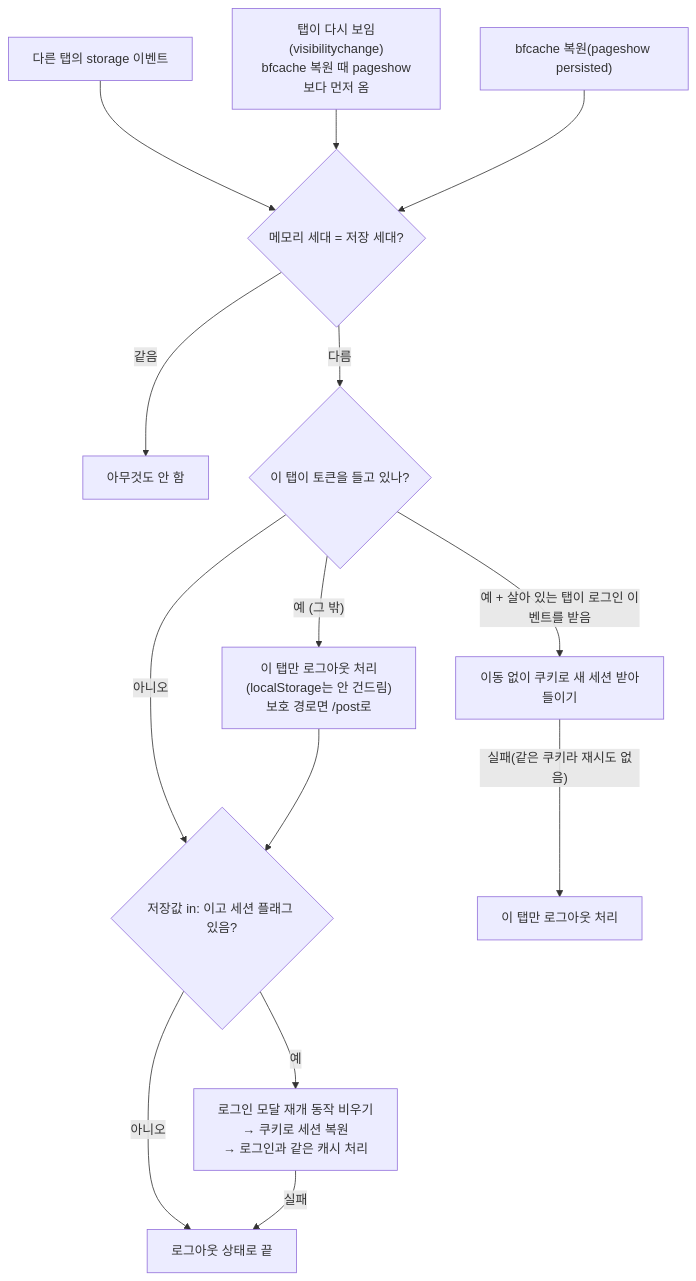
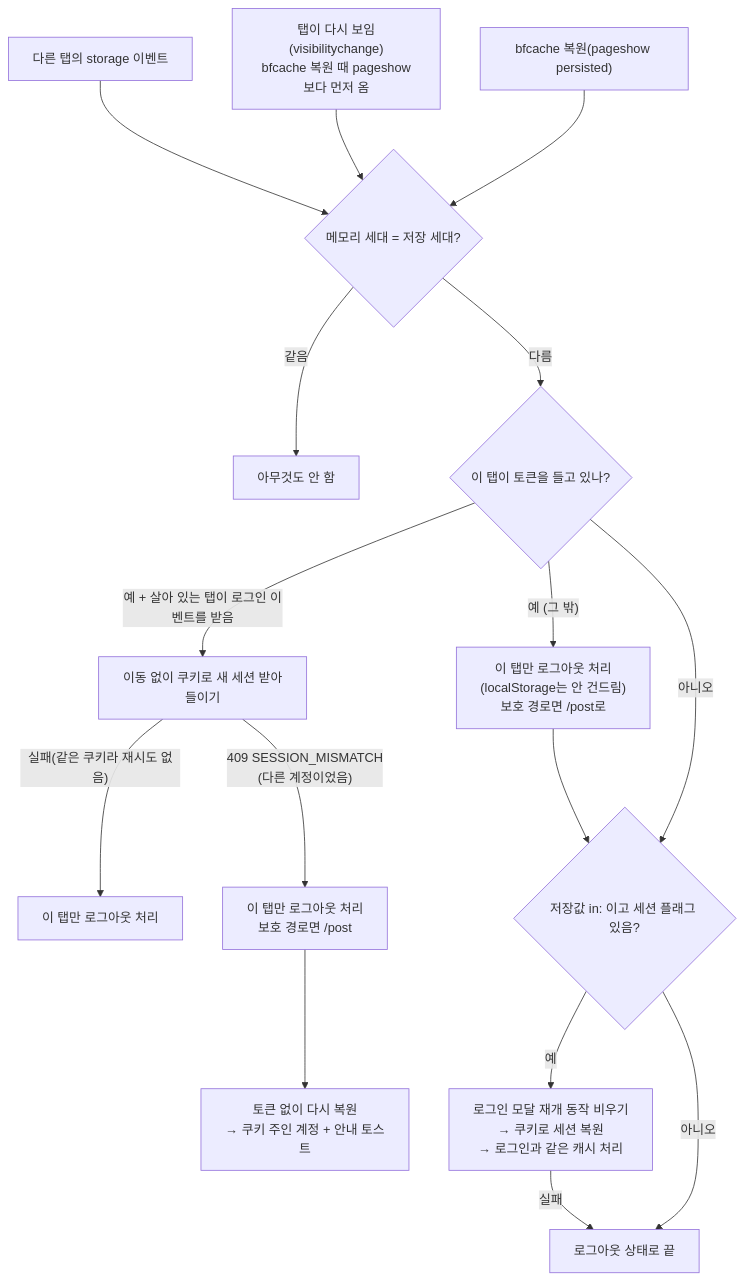
One commit to BAECHAN/link-sphere_FE_NEW changed the sixth of 6 diagrams in docs/AUTH.md. Above: the diagram before and after it, drawn with Mermaid. The commit also changed other lines of this file and 13 other files, not shown here.

````diff
--- a/docs/AUTH.md
+++ b/docs/AUTH.md
@@ -724,17 +765,19 @@
 ```mermaid
 flowchart TD
   EV["다른 탭의 storage 이벤트"] --> R
   V["탭이 다시 보임(visibilitychange)<br/>bfcache 복원 때 pageshow보다 먼저 옴"] --> R
   PS["bfcache 복원(pageshow persisted)"] --> R
   R{"메모리 세대 = 저장 세대?"}
   R -->|"같음"| N["아무것도 안 함"]
   R -->|"다름"| T{"이 탭이 토큰을 들고 있나?"}
   T -->|"예 + 살아 있는 탭이 로그인 이벤트를 받음"| AD["이동 없이 쿠키로 새 세션 받아들이기"]
   T -->|"예 (그 밖)"| SO["이 탭만 로그아웃 처리<br/>(localStorage는 안 건드림)<br/>보호 경로면 /post로"]
   T -->|"아니오"| S
   SO --> S{"저장값 in: 이고 세션 플래그 있음?"}
   S -->|"예"| RS["로그인 모달 재개 동작 비우기<br/>→ 쿠키로 세션 복원<br/>→ 로그인과 같은 캐시 처리"]
   S -->|"아니오"| E["로그아웃 상태로 끝"]
   RS -->|"실패"| E
   AD -->|"실패(같은 쿠키라 재시도 없음)"| SO2["이 탭만 로그아웃 처리"]
+  AD -->|"409 SESSION_MISMATCH<br/>(다른 계정이었음)"| SO3["이 탭만 로그아웃 처리<br/>보호 경로면 /post"]
+  SO3 --> RS2["토큰 없이 다시 복원<br/>→ 쿠키 주인 계정 + 안내 토스트"]
 ```
````
